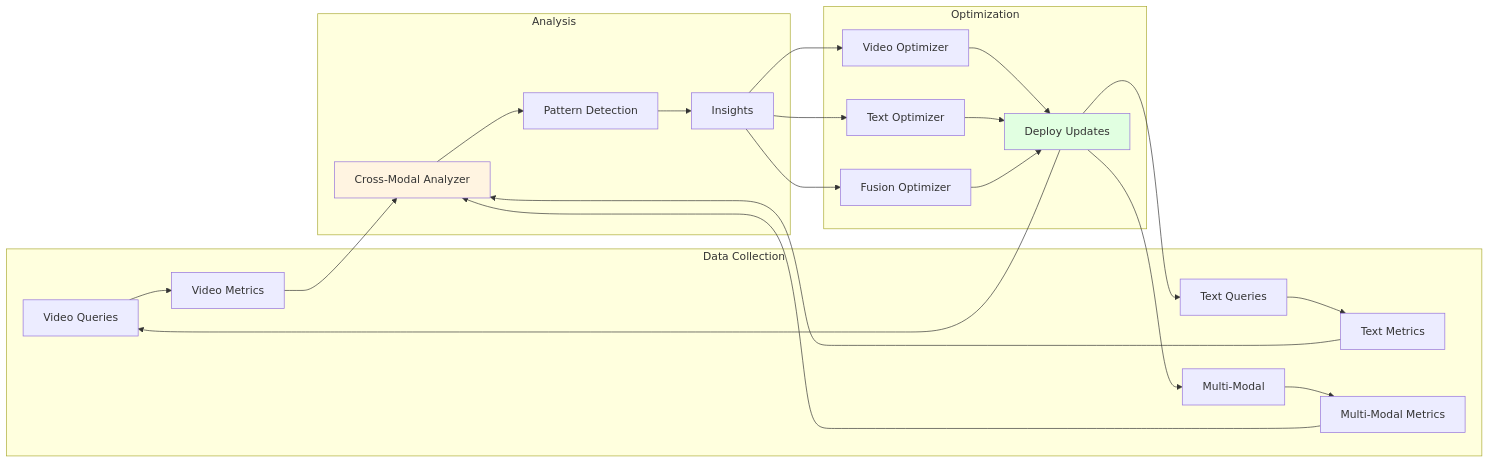
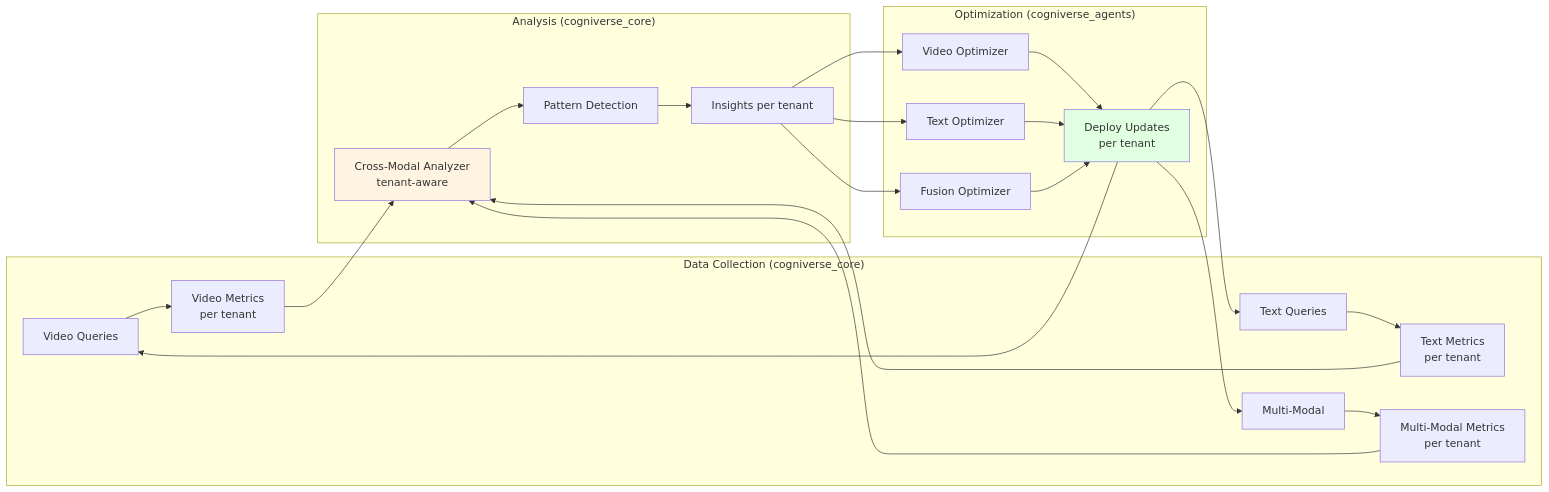
One commit to amit-jain/cogniverse changed diagram 14 of 25 in docs/architecture/system-flows.md. Above: the diagram before and after it, drawn with Mermaid. The commit also changed other lines of this file and 25 other files, not shown here.

````diff
--- a/docs/architecture/system-flows.md
+++ b/docs/architecture/system-flows.md
@@ -400,34 +573,34 @@
 ```mermaid
 graph LR
-    subgraph Data Collection
-        V[Video Queries] --> VMetrics[Video Metrics]
-        T[Text Queries] --> TMetrics[Text Metrics]
-        M[Multi-Modal] --> MMetrics[Multi-Modal Metrics]
+    subgraph "Data Collection (cogniverse_core)"
+        V[Video Queries] --> VMetrics[Video Metrics<br/>per tenant]
+        T[Text Queries] --> TMetrics[Text Metrics<br/>per tenant]
+        M[Multi-Modal] --> MMetrics[Multi-Modal Metrics<br/>per tenant]
     end
 
-    subgraph Analysis
-        VMetrics --> Analyzer[Cross-Modal Analyzer]
+    subgraph "Analysis (cogniverse_core)"
+        VMetrics --> Analyzer[Cross-Modal Analyzer<br/>tenant-aware]
         TMetrics --> Analyzer
         MMetrics --> Analyzer
 
         Analyzer --> Patterns[Pattern Detection]
-        Patterns --> Insights[Insights]
+        Patterns --> Insights[Insights per tenant]
     end
 
-    subgraph Optimization
+    subgraph "Optimization (cogniverse_agents)"
         Insights --> VidOpt[Video Optimizer]
         Insights --> TextOpt[Text Optimizer]
         Insights --> FusionOpt[Fusion Optimizer]
 
-        VidOpt --> Deploy[Deploy Updates]
+        VidOpt --> Deploy[Deploy Updates<br/>per tenant]
         TextOpt --> Deploy
         FusionOpt --> Deploy
     end
 
     Deploy --> V
     Deploy --> T
     Deploy --> M
 
     style Analyzer fill:#fff4e1
     style Deploy fill:#e1ffe1
 ```
````
